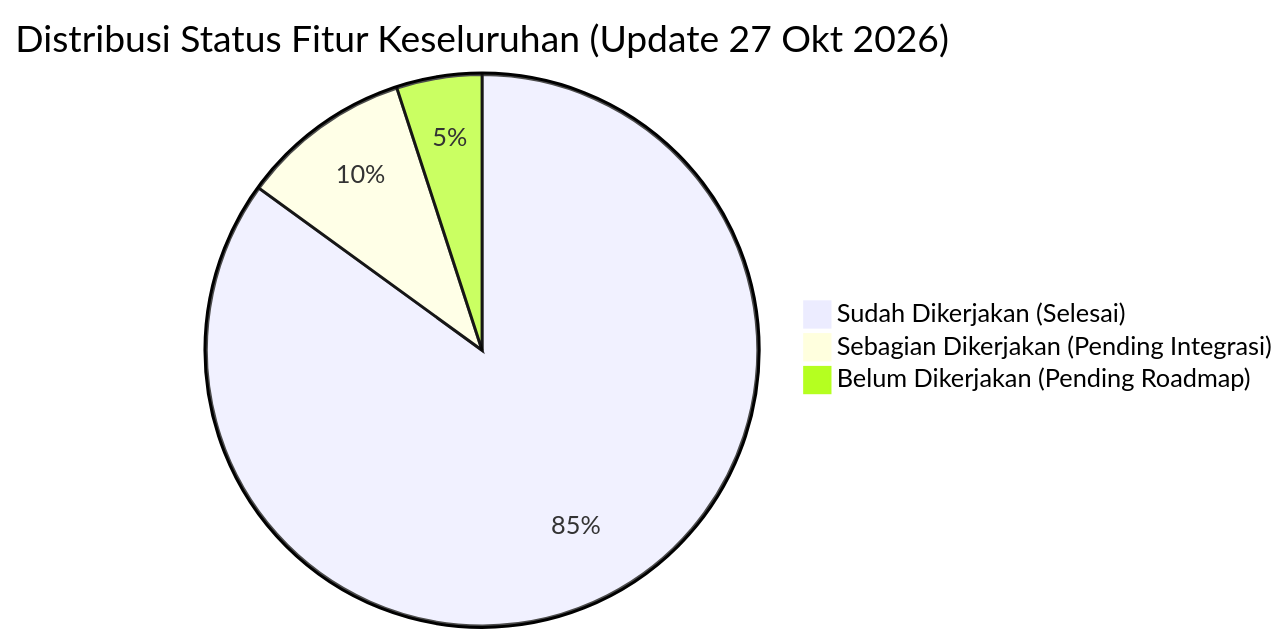
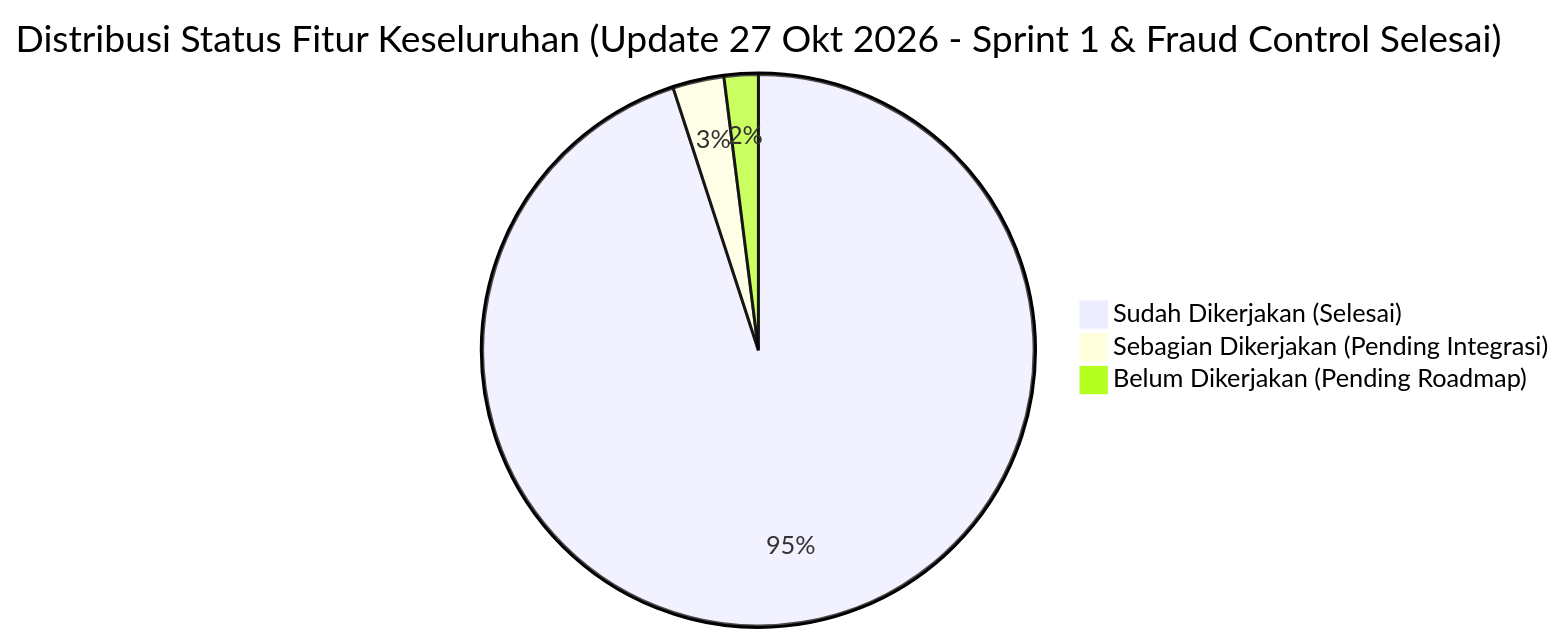
Before and after one commit to tovankamil/rebuild_beonet: the first of 2 diagrams in docs/STATUS_PROGRESS_REBUILD.md, drawn with Mermaid. The commit also changed other lines of this file and 78 other files, not shown here.

````diff
--- a/docs/STATUS_PROGRESS_REBUILD.md
+++ b/docs/STATUS_PROGRESS_REBUILD.md
@@ -15,6 +15,6 @@
 ```mermaid
-pie title Distribusi Status Fitur Keseluruhan (Update 27 Okt 2026)
-    "Sudah Dikerjakan (Selesai)" : 85
-    "Sebagian Dikerjakan (Pending Integrasi)" : 10
-    "Belum Dikerjakan (Pending Roadmap)" : 5
+pie title Distribusi Status Fitur Keseluruhan (Update 27 Okt 2026 - Sprint 1 & Fraud Control Selesai)
+    "Sudah Dikerjakan (Selesai)" : 95
+    "Sebagian Dikerjakan (Pending Integrasi)" : 3
+    "Belum Dikerjakan (Pending Roadmap)" : 2
 ```
````
